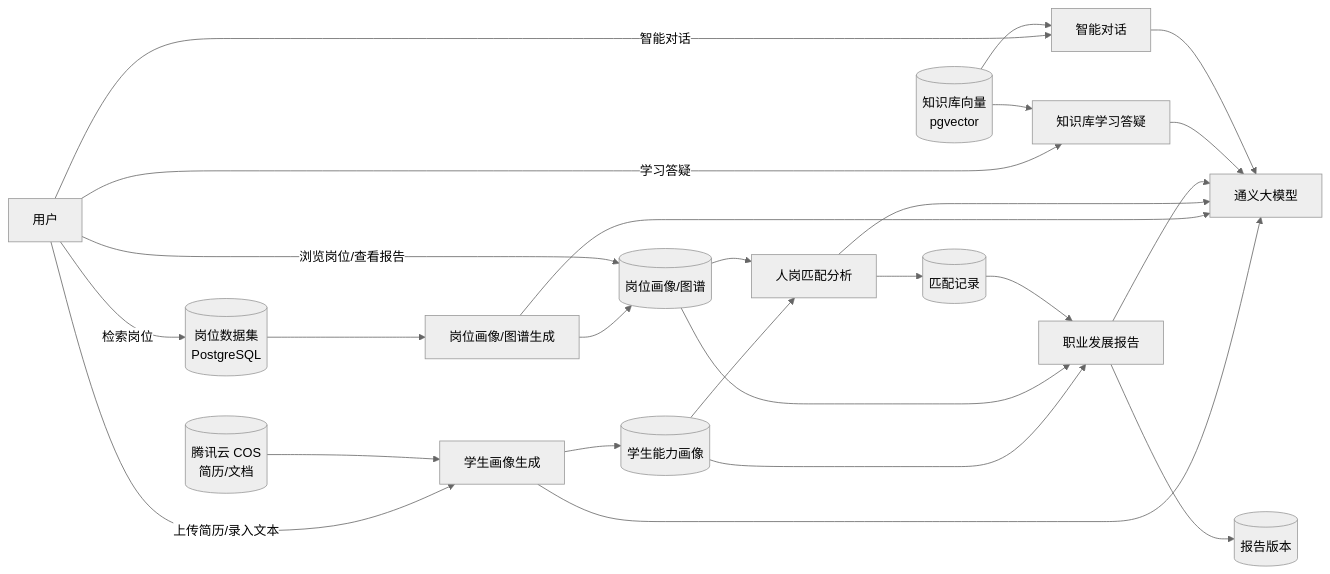
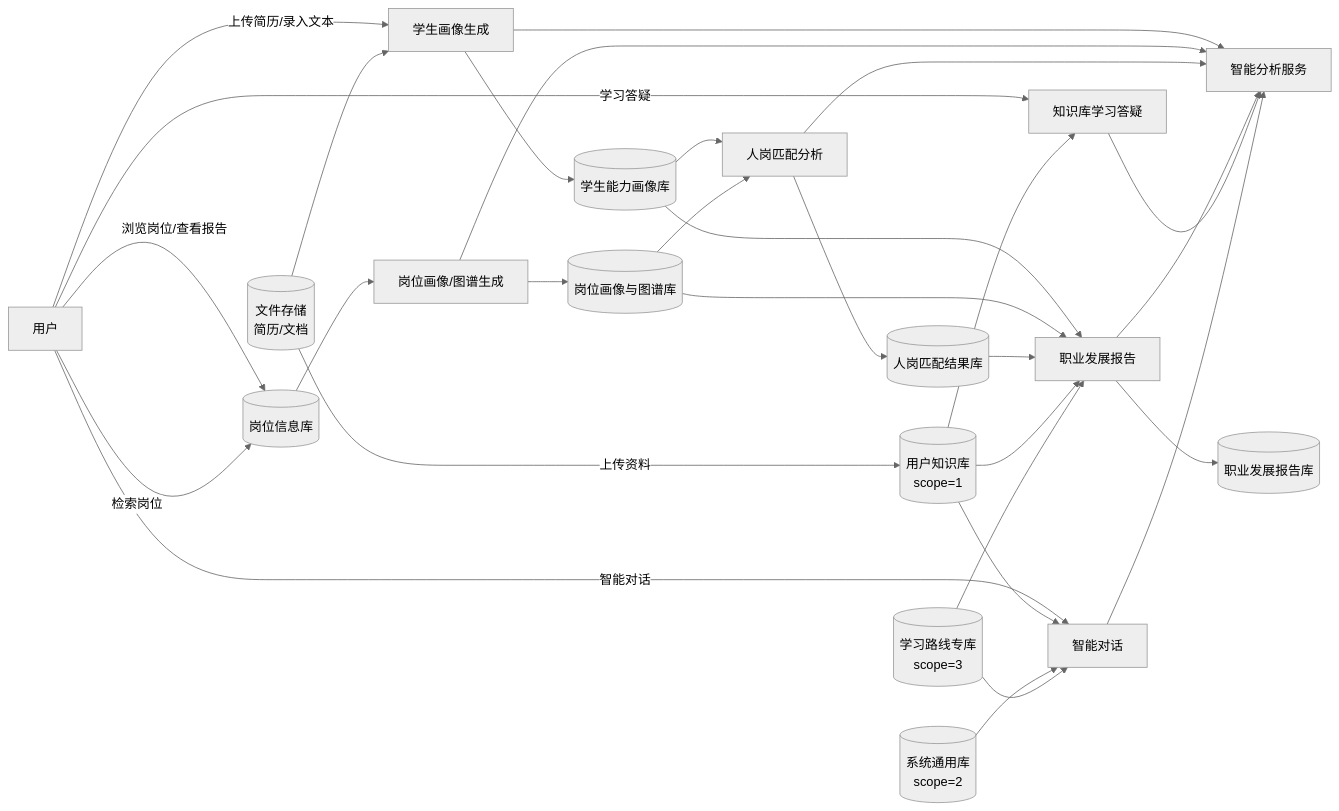
The diagram in docs/软工/SRS.md (ycc250303/zdmj), drawn with Mermaid (neutral theme) before and after one commit. The commit also changed other lines of this file and 3 other files, not shown here.

````diff
--- a/docs/软工/SRS.md
+++ b/docs/软工/SRS.md
@@ -872,37 +584,44 @@
 ```mermaid
 flowchart LR
   Student[用户]
-  AdminData[(岗位数据集\nPostgreSQL)]
-  COS[(腾讯云 COS\n简历/文档)]
-  KB[(知识库向量\npgvector)]
-  LLM[通义大模型]
+  JobStore[(岗位信息库)]
+  FileStore[(文件存储\n简历/文档)]
+  UserKB[(用户知识库\nscope=1)]
+  SysKB[(系统通用库\nscope=2)]
+  PathKB[(学习路线专库\nscope=3)]
+  LLM[智能分析服务]
 
   Student -->|上传简历/录入文本| P1[学生画像生成]
-  COS --> P1
+  FileStore --> P1
   P1 --> LLM
-  P1 --> ProfileDB[(学生能力画像)]
+  P1 --> ProfileStore[(学生能力画像库)]
 
-  AdminData --> P2[岗位画像/图谱生成]
+  JobStore --> P2[岗位画像/图谱生成]
   P2 --> LLM
-  P2 --> JobDB[(岗位画像/图谱)]
+  P2 --> JobProfileStore[(岗位画像与图谱库)]
 
-  ProfileDB --> P3[人岗匹配分析]
-  JobDB --> P3
+  ProfileStore --> P3[人岗匹配分析]
+  JobProfileStore --> P3
   P3 --> LLM
-  P3 --> MatchDB[(匹配记录)]
+  P3 --> MatchStore[(人岗匹配结果库)]
 
-  ProfileDB --> P4[职业发展报告]
-  JobDB --> P4
-  MatchDB --> P4
+  ProfileStore --> P4[职业发展报告]
+  JobProfileStore --> P4
+  MatchStore --> P4
+  UserKB --> P4
+  PathKB --> P4
   P4 --> LLM
-  P4 --> ReportDB[(报告版本)]
+  P4 --> ReportStore[(职业发展报告库)]
 
-  Student -->|浏览岗位/查看报告| JobDB
+  Student -->|浏览岗位/查看报告| JobStore
   Student -->|学习答疑| P5[知识库学习答疑]
-  KB --> P5
+  UserKB --> P5
   P5 --> LLM
   Student -->|智能对话| P6[智能对话]
-  KB --> P6
+  UserKB --> P6
+  SysKB --> P6
+  PathKB --> P6
   P6 --> LLM
-  Student -->|检索岗位| AdminData
+  Student -->|检索岗位| JobStore
+  FileStore -->|上传资料| UserKB
 ```
````
